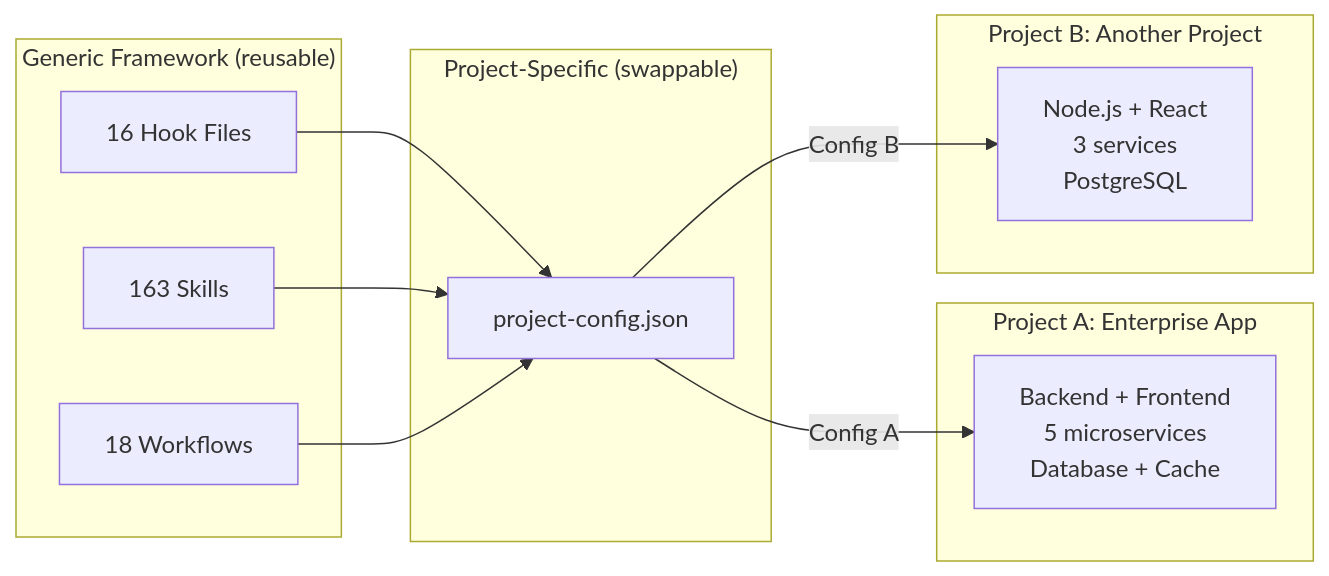
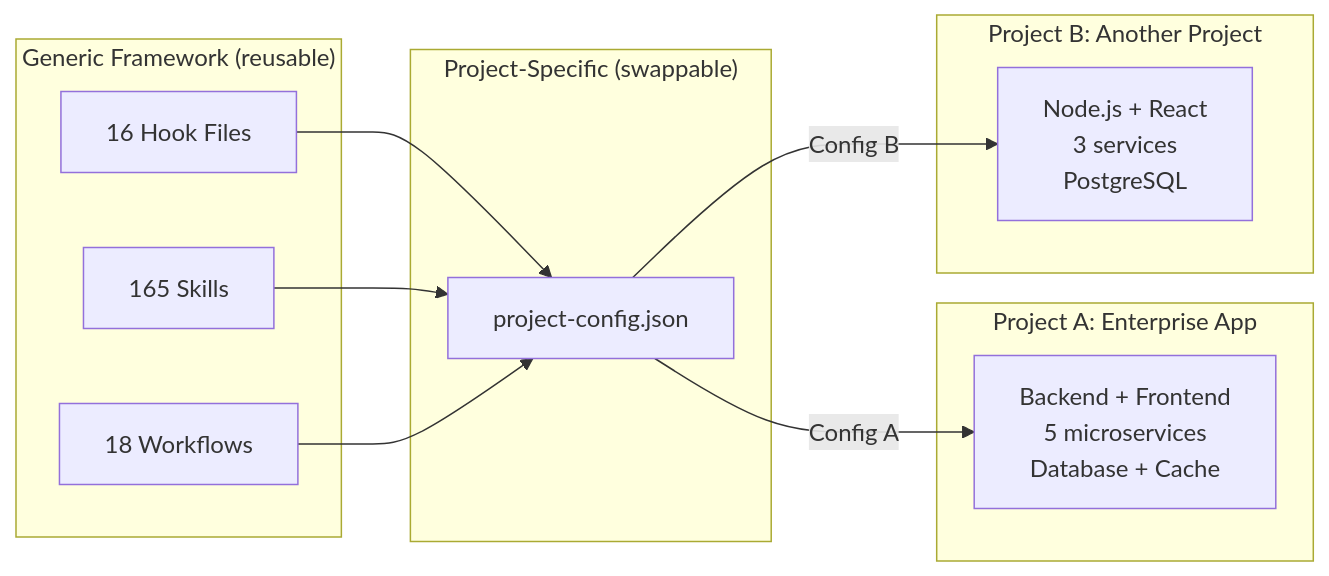
Before and after one commit to duc01226/EasyPlatform: the eighth of 20 diagrams in .claude/docs/claude-ai-agent-framework-guide.md, drawn with Mermaid. The commit also changed other lines of this file and 529 other files, not shown here.

````diff
--- a/.claude/docs/claude-ai-agent-framework-guide.md
+++ b/.claude/docs/claude-ai-agent-framework-guide.md
@@ -878,24 +879,24 @@
 ```mermaid
 graph LR
     subgraph "Generic Framework (reusable)"
         H[16 Hook Files]
-        S[163 Skills]
+        S[165 Skills]
         W[18 Workflows]
     end
 
     subgraph "Project-Specific (swappable)"
         PC[project-config.json]
     end
 
     subgraph "Project A: Enterprise App"
         PA[Backend + Frontend<br/>5 microservices<br/>Database + Cache]
     end
 
     subgraph "Project B: Another Project"
         PB[Node.js + React<br/>3 services<br/>PostgreSQL]
     end
 
     H & S & W --> PC
     PC -->|Config A| PA
     PC -->|Config B| PB
 ```
````
